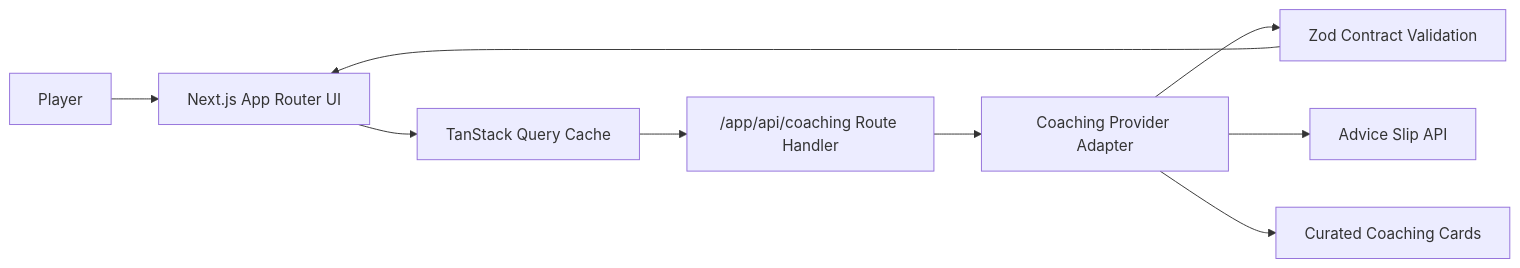
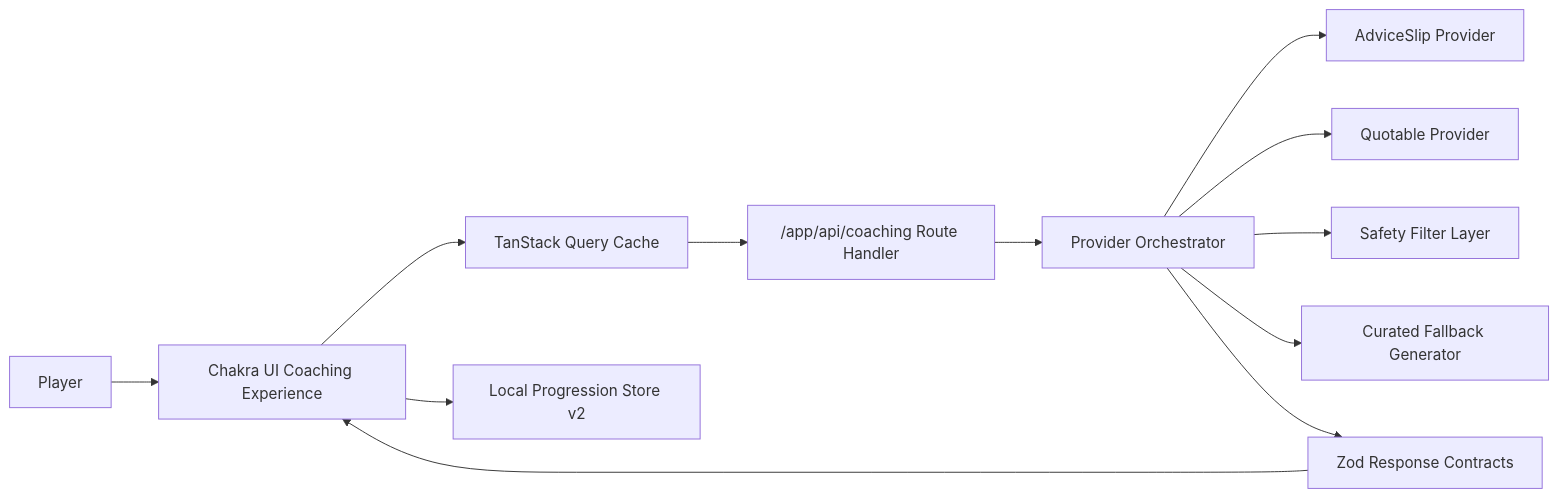
One commit to AibSyed/advicely changed the diagram in README.md. Above: the diagram before and after it, drawn with Mermaid. The commit also changed other lines of this file and 42 other files, not shown here.

Commit message:
feat: relaunch coaching app with chakra v3 architecture (#12)

````diff
--- a/README.md
+++ b/README.md
@@ -12,11 +18,14 @@
 ```mermaid
 flowchart LR
-  P["Player"] --> UI["Next.js App Router UI"]
+  U["Player"] --> UI["Chakra UI Coaching Experience"]
   UI --> Q["TanStack Query Cache"]
   Q --> RH["/app/api/coaching Route Handler"]
-  RH --> CP["Coaching Provider Adapter"]
-  CP --> VAL["Zod Contract Validation"]
-  CP --> AS["Advice Slip API"]
-  CP --> FC["Curated Coaching Cards"]
-  VAL --> UI
+  RH --> ORCH["Provider Orchestrator"]
+  ORCH --> AS["AdviceSlip Provider"]
+  ORCH --> QT["Quotable Provider"]
+  ORCH --> SF["Safety Filter Layer"]
+  ORCH --> FB["Curated Fallback Generator"]
+  ORCH --> Z["Zod Response Contracts"]
+  Z --> UI
+  UI --> LS["Local Progression Store v2"]
 ```
````
